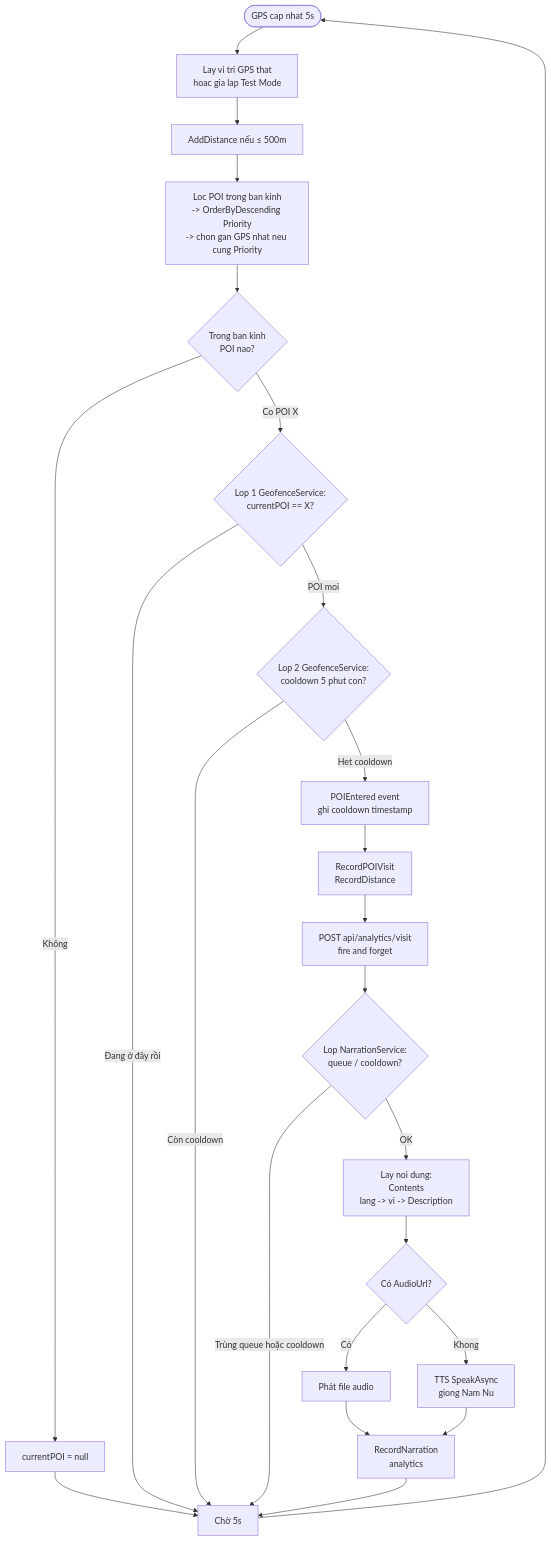
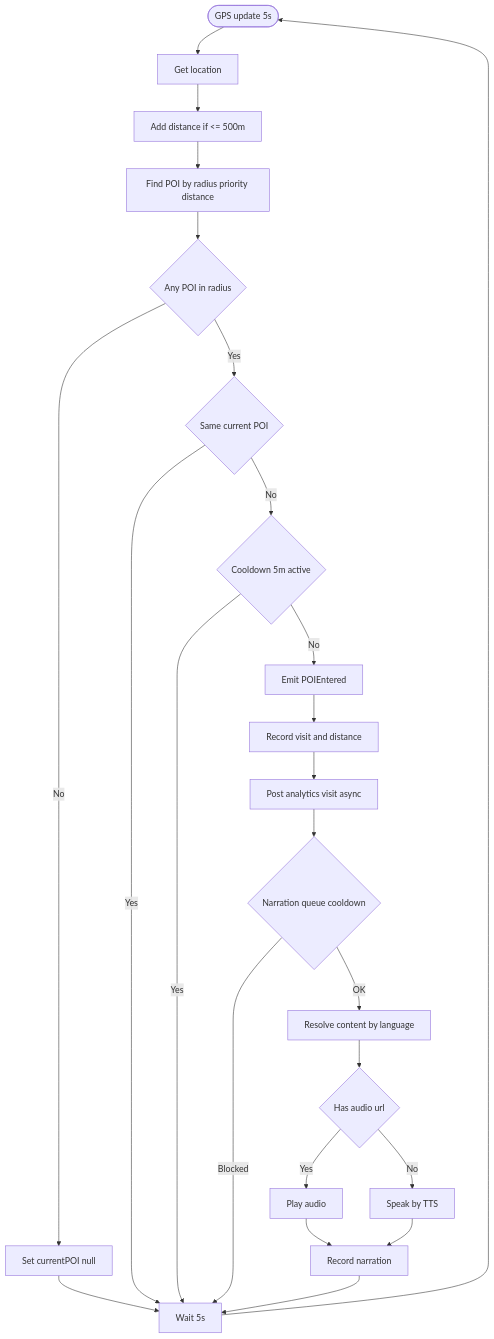
One commit to KhanhChung2k5/k_tour changed diagram 31 of 44 in docs/PRODUCT_REQUIREMENTS.md. Above: the diagram before and after it, drawn with Mermaid. The commit also changed other lines of this file, not shown here.

Commit message:
Fix display diagram on github

````diff
--- a/docs/PRODUCT_REQUIREMENTS.md
+++ b/docs/PRODUCT_REQUIREMENTS.md
@@ -1585,26 +1585,26 @@
 ```mermaid
 flowchart TD
-    Start([GPS cap nhat 5s]) --> GetLoc[Lay vi tri GPS that<br/>hoac gia lap Test Mode]
-    GetLoc --> AddDist[AddDistance nếu ≤ 500m]
-    AddDist --> FindPOI[Loc POI trong ban kinh<br/>-> OrderByDescending Priority<br/>-> chon gan GPS nhat neu cung Priority]
-    FindPOI --> InRadius{Trong ban kinh<br/>POI nao?}
-    InRadius -->|Không| ResetCurrent[currentPOI = null]
-    ResetCurrent --> Wait[Chờ 5s]
+    Start([GPS update 5s]) --> GetLoc[Get location]
+    GetLoc --> AddDist[Add distance if <= 500m]
+    AddDist --> FindPOI[Find POI by radius priority distance]
+    FindPOI --> InRadius{Any POI in radius}
+    InRadius -->|No| ResetCurrent[Set currentPOI null]
+    ResetCurrent --> Wait[Wait 5s]
     Wait --> Start
-    InRadius -->|Co POI X| Layer1{Lop 1 GeofenceService:<br/>currentPOI == X?}
-    Layer1 -->|Đang ở đây rồi| Wait
-    Layer1 -->|POI moi| Layer2{Lop 2 GeofenceService:<br/>cooldown 5 phut con?}
-    Layer2 -->|Còn cooldown| Wait
-    Layer2 -->|Het cooldown| FireEvent[POIEntered event<br/>ghi cooldown timestamp]
-    FireEvent --> RecordVisit[RecordPOIVisit<br/>RecordDistance]
-    RecordVisit --> LogAPI[POST api/analytics/visit<br/>fire and forget]
-    LogAPI --> Layer3{Lop NarrationService:<br/>queue / cooldown?}
-    Layer3 -->|Trùng queue hoặc cooldown| Wait
-    Layer3 -->|OK| GetContent[Lay noi dung:<br/>Contents<br/>lang -> vi -> Description]
-    GetContent --> HasAudio{Có AudioUrl?}
-    HasAudio -->|Có| PlayAudio[Phát file audio]
-    HasAudio -->|Khong| TTS[TTS SpeakAsync<br/>giong Nam Nu]
-    PlayAudio --> RecordNarr[RecordNarration<br/>analytics]
+    InRadius -->|Yes| Layer1{Same current POI}
+    Layer1 -->|Yes| Wait
+    Layer1 -->|No| Layer2{Cooldown 5m active}
+    Layer2 -->|Yes| Wait
+    Layer2 -->|No| FireEvent[Emit POIEntered]
+    FireEvent --> RecordVisit[Record visit and distance]
+    RecordVisit --> LogAPI[Post analytics visit async]
+    LogAPI --> Layer3{Narration queue cooldown}
+    Layer3 -->|Blocked| Wait
+    Layer3 -->|OK| GetContent[Resolve content by language]
+    GetContent --> HasAudio{Has audio url}
+    HasAudio -->|Yes| PlayAudio[Play audio]
+    HasAudio -->|No| TTS[Speak by TTS]
+    PlayAudio --> RecordNarr[Record narration]
     TTS --> RecordNarr
     RecordNarr --> Wait
 ```
````
